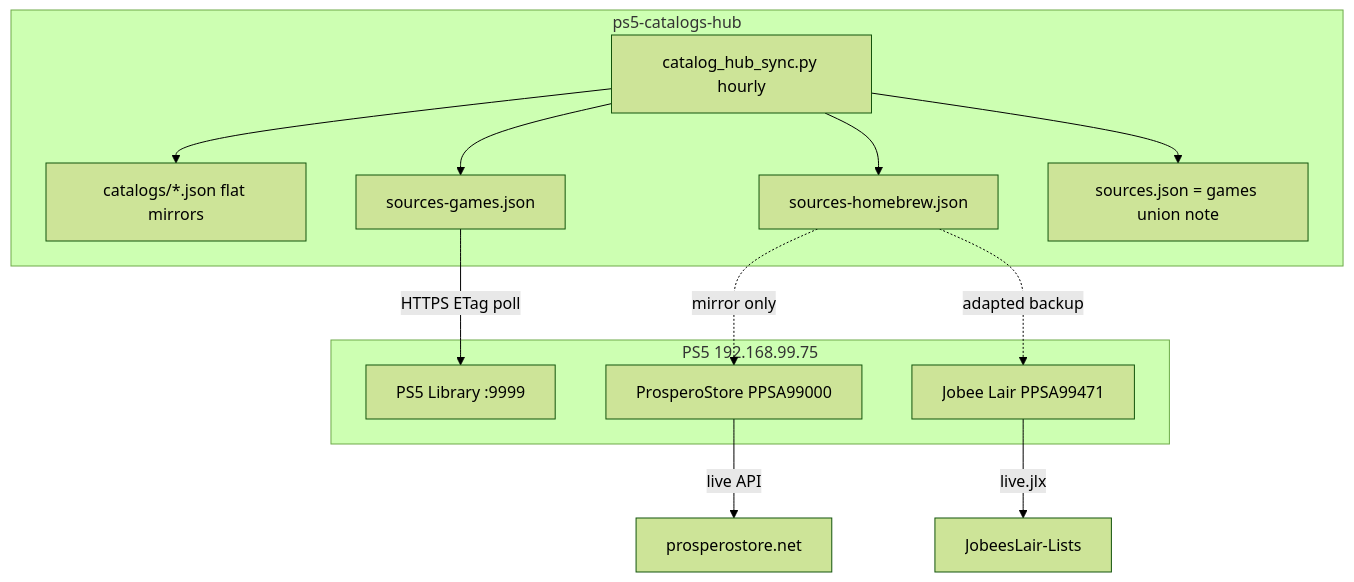
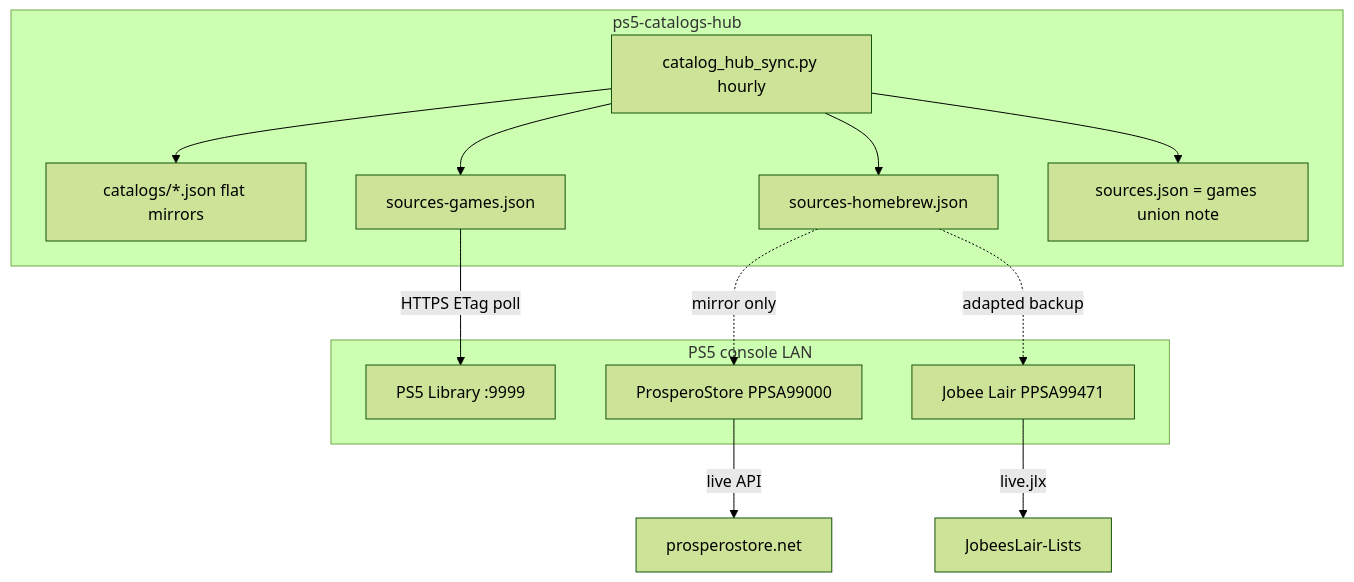
The diagram in docs/superpowers/specs/2026-11-14-game-homebrew-catalog-separation-design.md (AICyberGuardian/ps5-catalogs-hub), drawn with Mermaid (forest theme) before and after one commit. The commit also changed other lines of this file and 3 other files, not shown here.

````diff
--- a/docs/superpowers/specs/2026-11-14-game-homebrew-catalog-separation-design.md
+++ b/docs/superpowers/specs/2026-11-14-game-homebrew-catalog-separation-design.md
@@ -31,26 +31,26 @@
 ```mermaid
 flowchart TD
     subgraph Hub["ps5-catalogs-hub"]
         Sync["catalog_hub_sync.py hourly"]
         Flat["catalogs/*.json flat mirrors"]
         GamesMan["sources-games.json"]
         HbMan["sources-homebrew.json"]
         Legacy["sources.json = games union note"]
         Sync --> Flat
         Sync --> GamesMan
         Sync --> HbMan
         Sync --> Legacy
     end
 
-    subgraph Console["PS5 192.168.99.75"]
+    subgraph Console["PS5 console LAN"]
         Lib["PS5 Library :9999"]
         Prospero["ProsperoStore PPSA99000"]
         Jobee["Jobee Lair PPSA99471"]
     end
 
     GamesMan -->|HTTPS ETag poll| Lib
     Prospero -->|live API| ProsperoNet["prosperostore.net"]
     HbMan -.->|mirror only| Prospero
     Jobee -->|live.jlx| JobeeLists["JobeesLair-Lists"]
     HbMan -.->|adapted backup| Jobee
 ```
````
